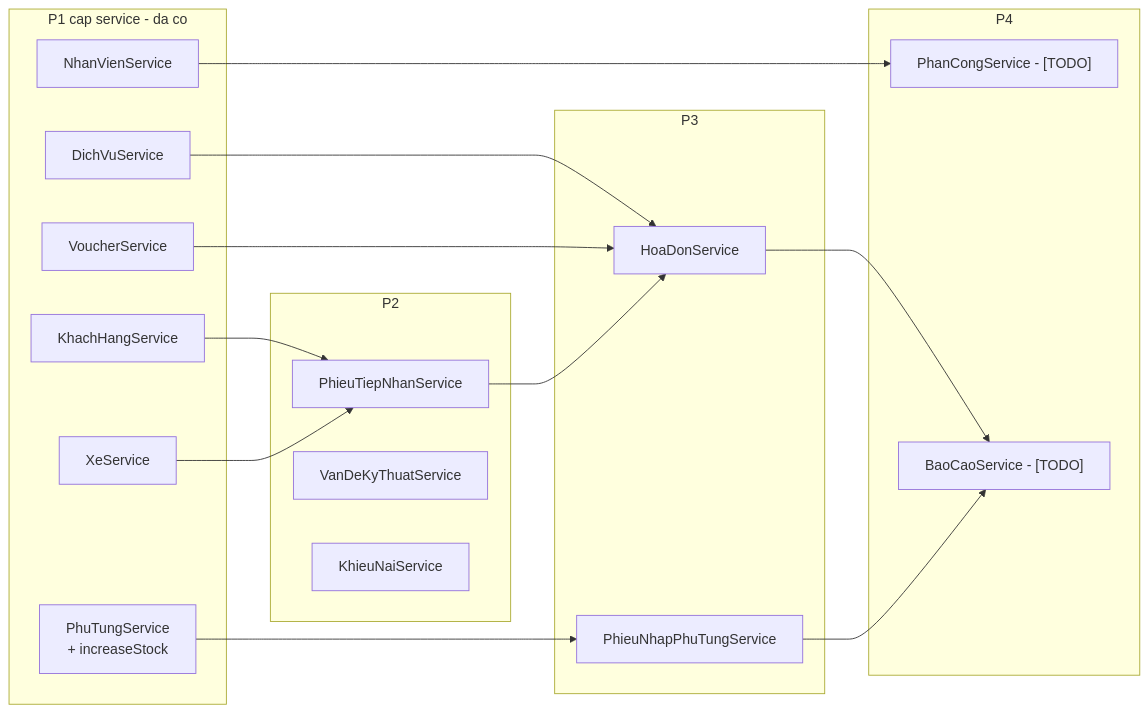
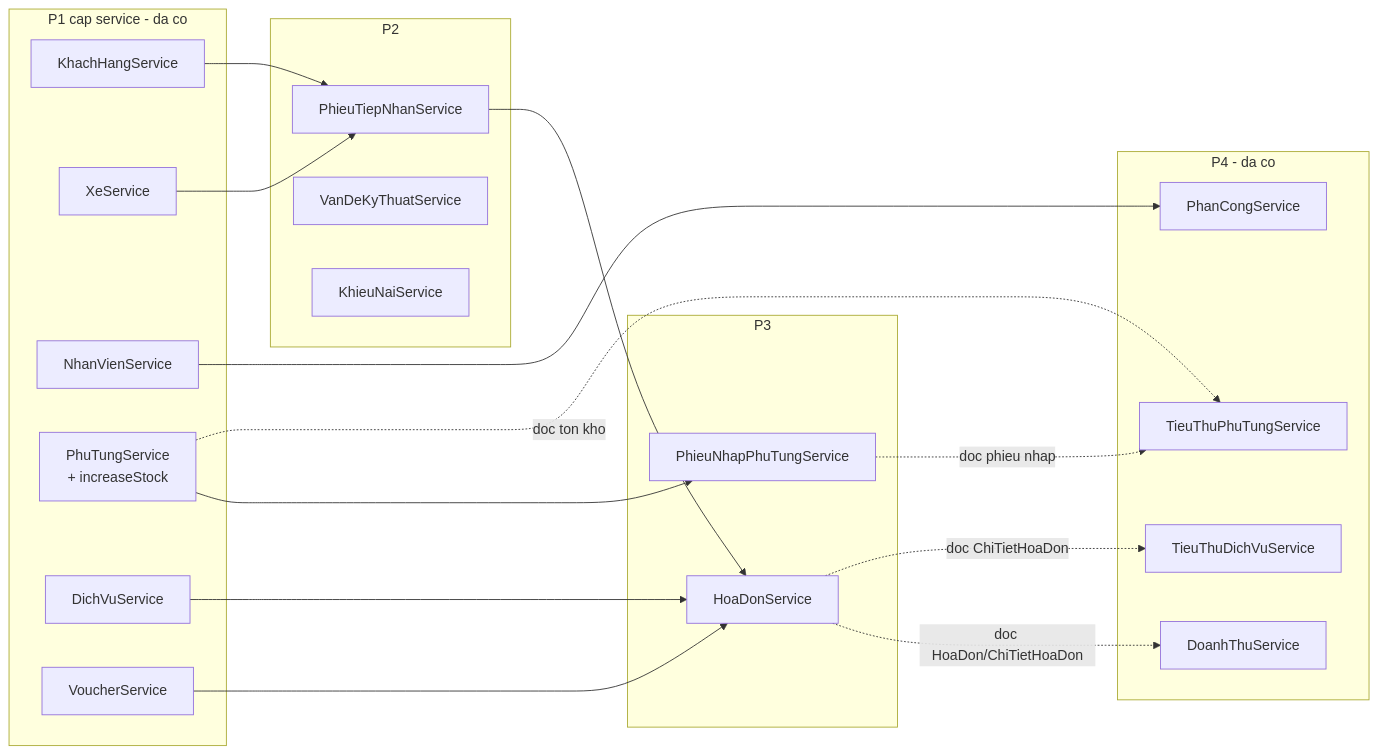
One commit to MaiTheHao/iuh-fall2026-ptud changed the second of 9 diagrams in assets/tasks/DGRAPH.md. Above: the diagram before and after it, drawn with Mermaid. The commit also changed other lines of this file and 2 other files, not shown here.

````diff
--- a/assets/tasks/DGRAPH.md
+++ b/assets/tasks/DGRAPH.md
@@ -29,37 +29,41 @@
 ```mermaid
 flowchart LR
     subgraph sgP1["P1 cap service - da co"]
         khs["KhachHangService"]
         svcXe["XeService"]
         nvs["NhanVienService"]
         pts["PhuTungService<br/>+ increaseStock"]
         dvs["DichVuService"]
         vcs["VoucherService"]
     end
 
     subgraph sgP2["P2"]
         ptns["PhieuTiepNhanService"]
         vdks["VanDeKyThuatService"]
         kns["KhieuNaiService"]
     end
 
     subgraph sgP3["P3"]
         pnps["PhieuNhapPhuTungService"]
         hds["HoaDonService"]
     end
 
-    subgraph sgP4["P4"]
-        pcs["PhanCongService - [TODO]"]
-        bcs["BaoCaoService - [TODO]"]
+    subgraph sgP4["P4 - da co"]
+        pcs["PhanCongService"]
+        dts["DoanhThuService"]
+        tts["TieuThuPhuTungService"]
+        tvs["TieuThuDichVuService"]
     end
 
     khs --> ptns
     svcXe --> ptns
     nvs --> pcs
     pts --> pnps
     dvs --> hds
     vcs --> hds
     ptns --> hds
-    hds --> bcs
-    pnps --> bcs
+    hds -.->|"doc HoaDon/ChiTietHoaDon"| dts
+    hds -.->|"doc ChiTietHoaDon"| tvs
+    pnps -.->|"doc phieu nhap"| tts
+    pts -.->|"doc ton kho"| tts
 ```
````
